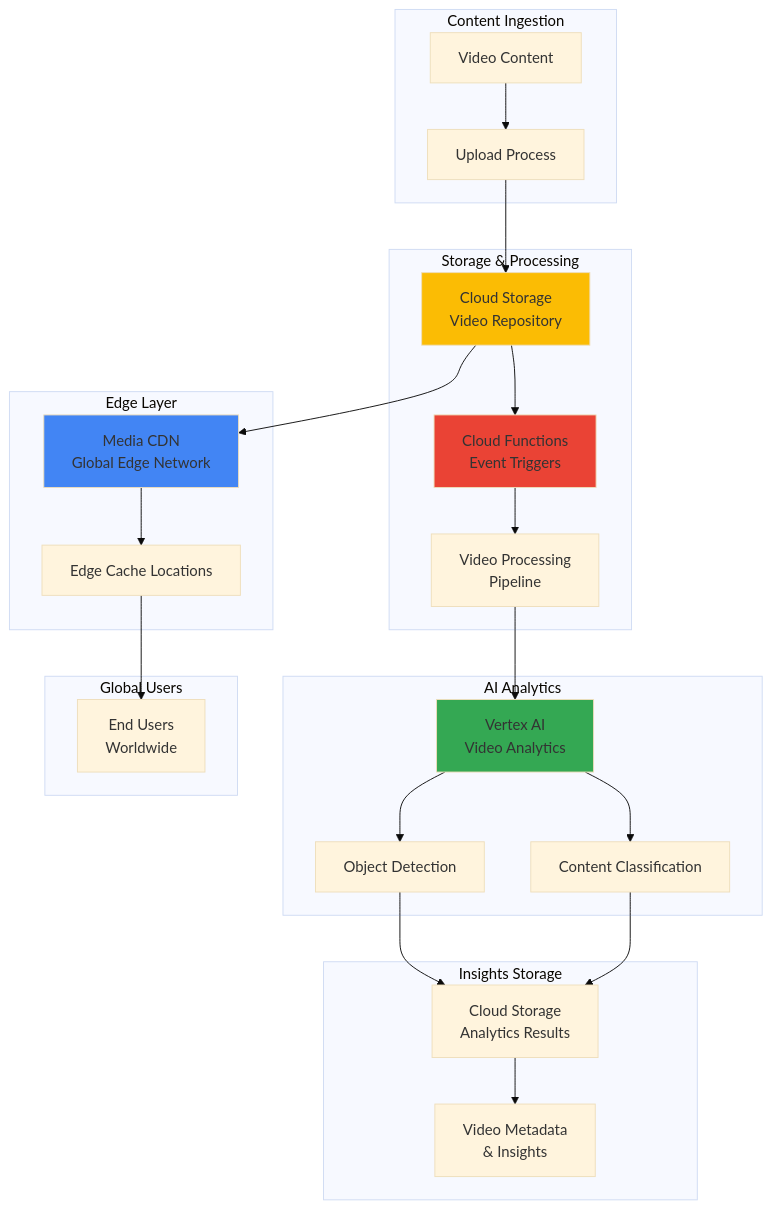
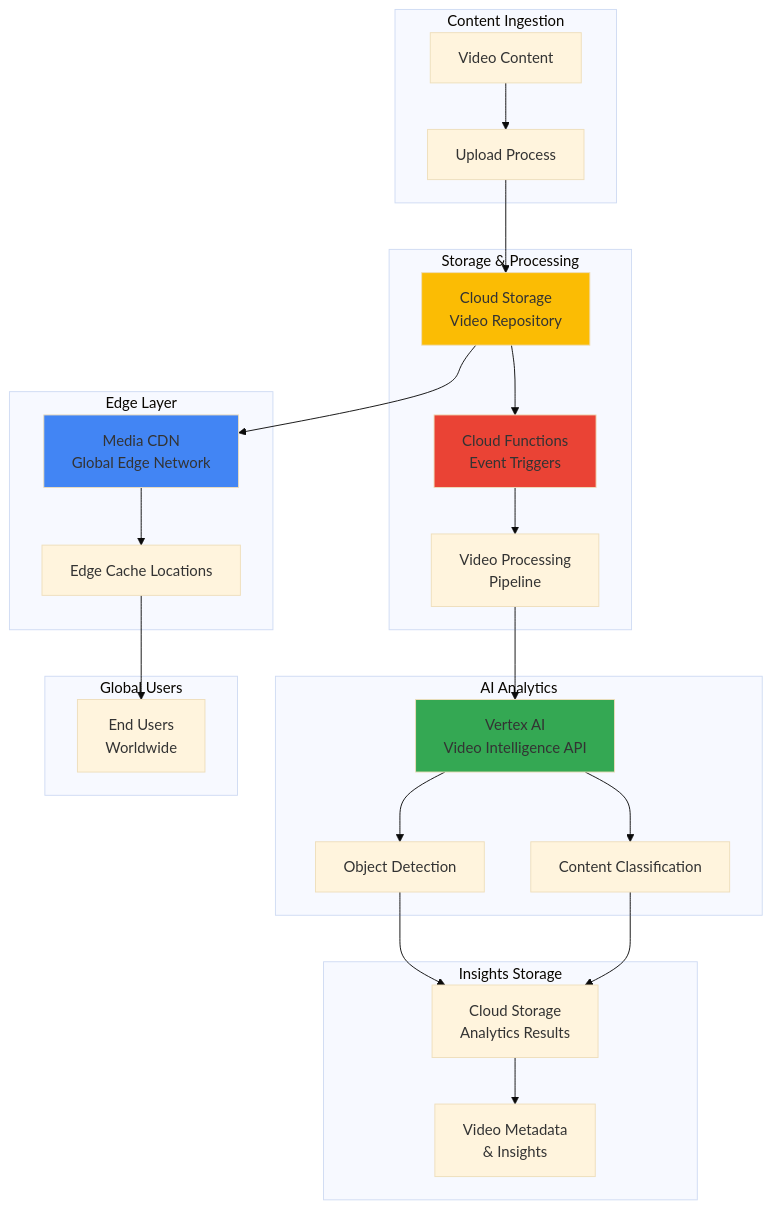
One commit to mzazon/awesome-cloud-projects changed the diagram in gcp/edge-to-cloud-video-analytics-media-cdn-vertex-ai/edge-to-cloud-video-analytics-media-cdn-vertex-ai.md. Above: the diagram before and after it, drawn with Mermaid (base theme). The commit also changed other lines of this file and 5581 other files, not shown here.

````diff
--- a/gcp/edge-to-cloud-video-analytics-media-cdn-vertex-ai/edge-to-cloud-video-analytics-media-cdn-vertex-ai.md
+++ b/gcp/edge-to-cloud-video-analytics-media-cdn-vertex-ai/edge-to-cloud-video-analytics-media-cdn-vertex-ai.md
@@ -30,52 +30,52 @@
 ```mermaid
 graph TB
     subgraph "Content Ingestion"
         VIDEO[Video Content]
         UPLOAD[Upload Process]
     end
     
     subgraph "Edge Layer"
         CDN[Media CDN<br/>Global Edge Network]
         CACHE[Edge Cache Locations]
     end
     
     subgraph "Storage & Processing"
         STORAGE[Cloud Storage<br/>Video Repository]
         TRIGGER[Cloud Functions<br/>Event Triggers]
         PROCESS[Video Processing<br/>Pipeline]
     end
     
     subgraph "AI Analytics"
-        VERTEX[Vertex AI<br/>Video Analytics]
+        VERTEX[Vertex AI<br/>Video Intelligence API]
         DETECT[Object Detection]
         CLASSIFY[Content Classification]
     end
     
     subgraph "Insights Storage"
         RESULTS[Cloud Storage<br/>Analytics Results]
         METADATA[Video Metadata<br/>& Insights]
     end
     
     subgraph "Global Users"
         USERS[End Users<br/>Worldwide]
     end
     
     VIDEO-->UPLOAD
     UPLOAD-->STORAGE
     STORAGE-->TRIGGER
     TRIGGER-->PROCESS
     PROCESS-->VERTEX
     VERTEX-->DETECT
     VERTEX-->CLASSIFY
     DETECT-->RESULTS
     CLASSIFY-->RESULTS
     STORAGE-->CDN
     CDN-->CACHE
     CACHE-->USERS
     RESULTS-->METADATA
     
     style CDN fill:#4285F4
     style VERTEX fill:#34A853
     style STORAGE fill:#FBBC04
     style TRIGGER fill:#EA4335
 ```
````
